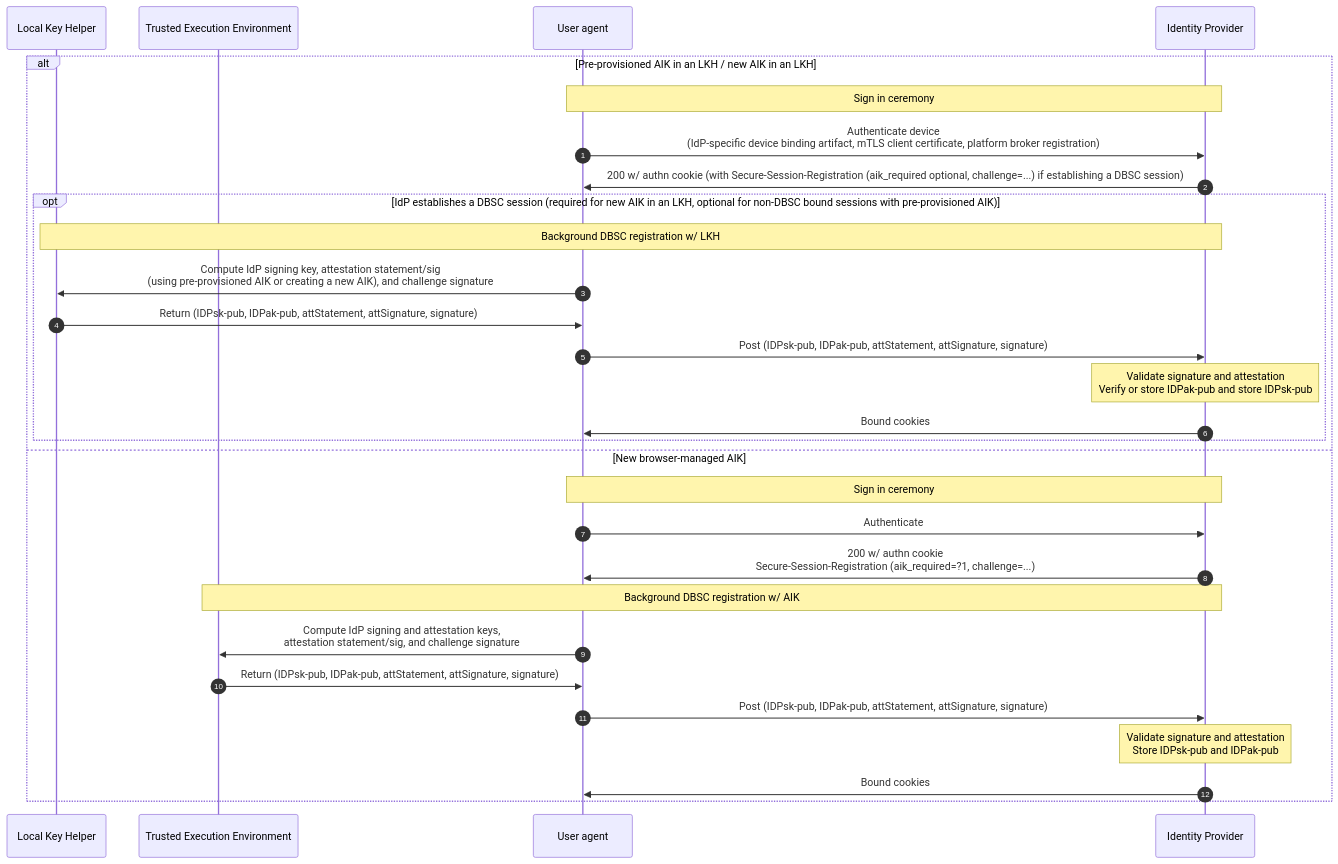
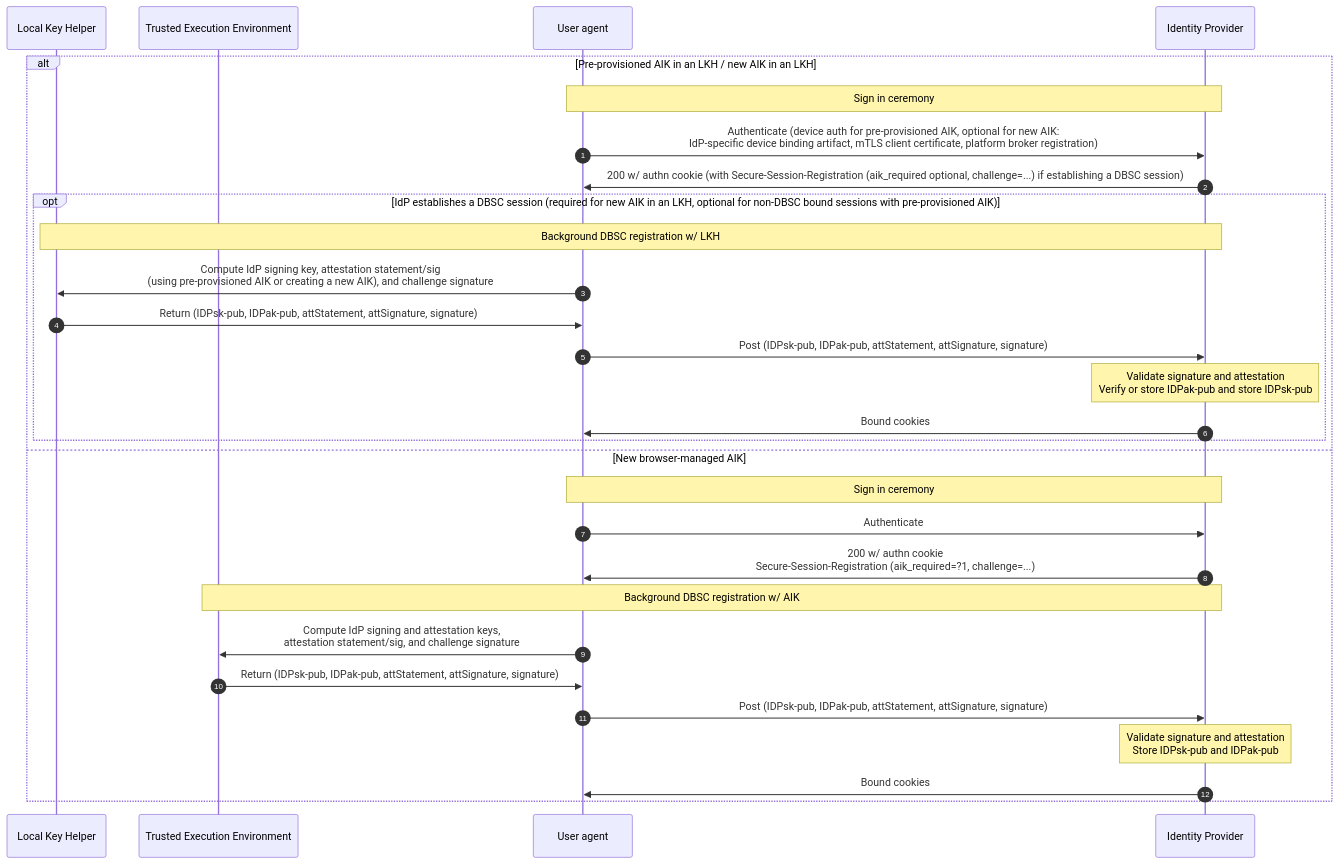
Before and after one commit to WICG/dbsc-sso: the third of 4 diagrams in README.md, drawn with Mermaid. The commit also changed other lines of this file, not shown here.

Commit message:
Address some missing cases related to the LKH presence and aik_required parameter combination.

````diff
--- a/README.md
+++ b/README.md
@@ -248,33 +255,33 @@
 ```mermaid
 sequenceDiagram
 	autonumber
 	
 	participant l as Local Key Helper
 	participant t as Trusted Execution Environment
 	participant u as User agent
 	participant i as Identity Provider
 	
 	alt Pre-provisioned AIK in an LKH / new AIK in an LKH
 		note over u, i: Sign in ceremony
-		u->>i: Authenticate device<br>(IdP-specific device binding artifact, mTLS client certificate, platform broker registration)
+		u->>i: Authenticate (device auth for pre-provisioned AIK, optional for new AIK:<br>IdP-specific device binding artifact, mTLS client certificate, platform broker registration)
   		i->>u: 200 w/ authn cookie (with Secure-Session-Registration (aik_required optional, challenge=...) if establishing a DBSC session)
   		opt IdP establishes a DBSC session (required for new AIK in an LKH, optional for non-DBSC bound sessions with pre-provisioned AIK)
 			note over i, l: Background DBSC registration w/ LKH
 			u->>l: Compute IdP signing key, attestation statement/sig<br>(using pre-provisioned AIK or creating a new AIK), and challenge signature
 			l->>u: Return (IDPsk-pub, IDPak-pub, attStatement, attSignature, signature)
 			u->>i: Post (IDPsk-pub, IDPak-pub, attStatement, attSignature, signature)
 			note over i: Validate signature and attestation<br>Verify or store IDPak-pub and store IDPsk-pub
 			i->>u: Bound cookies
 		end
 	else New browser-managed AIK
 		note over u, i: Sign in ceremony
 		u->>i: Authenticate
 		i->>u: 200 w/ authn cookie<br>Secure-Session-Registration (aik_required=?1, challenge=...)
 		note over i, t: Background DBSC registration w/ AIK
 		u->>t: Compute IdP signing and attestation keys,<br>attestation statement/sig, and challenge signature
 		t->>u: Return (IDPsk-pub, IDPak-pub, attStatement, attSignature, signature)
 		u->>i: Post (IDPsk-pub, IDPak-pub, attStatement, attSignature, signature)
 		note over i: Validate signature and attestation<br>Store IDPsk-pub and IDPak-pub
 		i->>u: Bound cookies
 	end
 ```
````
